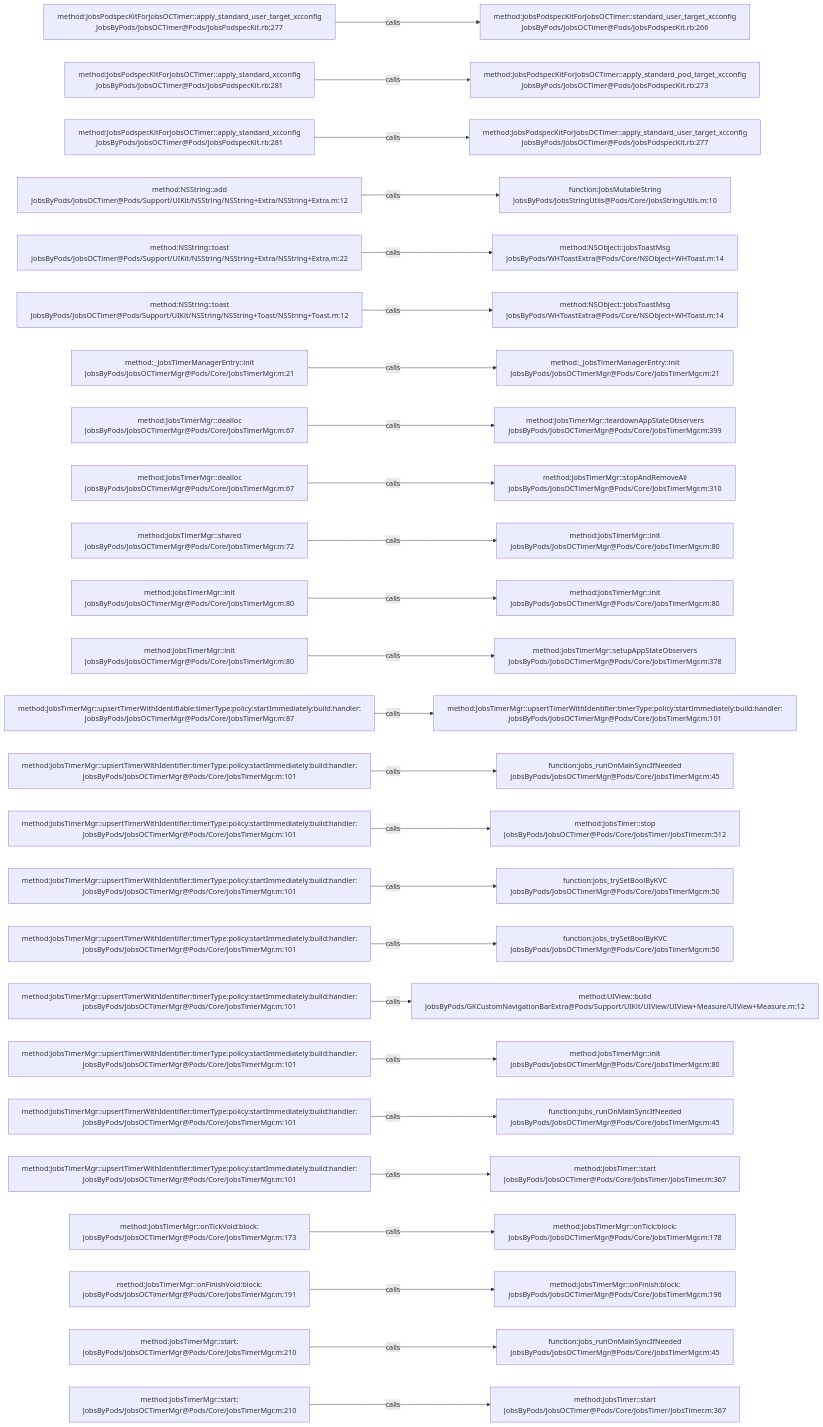
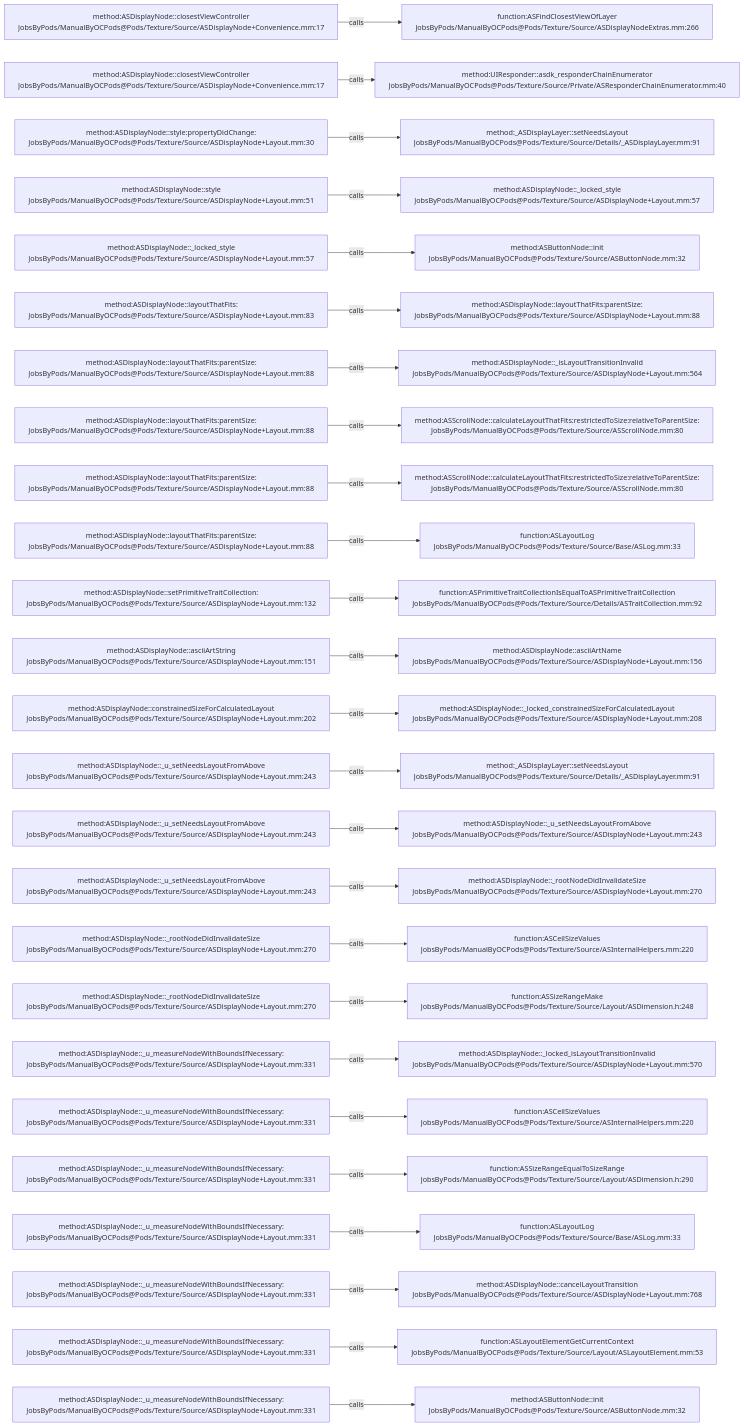
Before and after one commit to JobsKits/JobsOCBaseConfigDemo: the diagram in .codegraph/codegraph.md/graphs/calls-098.md, drawn with Mermaid. The commit also changed 2162 other files, not shown here.

````diff
--- a/.codegraph/codegraph.md/graphs/calls-098.md
+++ b/.codegraph/codegraph.md/graphs/calls-098.md
@@ -13,78 +13,78 @@
 ```mermaid
 flowchart LR
-  S1["method:JobsPodspecKitForJobsOCTimer::apply_standard_user_target_xcconfig<br/>JobsByPods/JobsOCTimer@Pods/JobsPodspecKit.rb:277"]
-  T1["method:JobsPodspecKitForJobsOCTimer::standard_user_target_xcconfig<br/>JobsByPods/JobsOCTimer@Pods/JobsPodspecKit.rb:266"]
+  S1["method:ASDisplayNode::closestViewController<br/>JobsByPods/ManualByOCPods@Pods/Texture/Source/ASDisplayNode+Convenience.mm:17"]
+  T1["function:ASFindClosestViewOfLayer<br/>JobsByPods/ManualByOCPods@Pods/Texture/Source/ASDisplayNodeExtras.mm:266"]
   S1 -->|calls| T1
-  S2["method:JobsPodspecKitForJobsOCTimer::apply_standard_xcconfig<br/>JobsByPods/JobsOCTimer@Pods/JobsPodspecKit.rb:281"]
-  T2["method:JobsPodspecKitForJobsOCTimer::apply_standard_pod_target_xcconfig<br/>JobsByPods/JobsOCTimer@Pods/JobsPodspecKit.rb:273"]
+  S2["method:ASDisplayNode::closestViewController<br/>JobsByPods/ManualByOCPods@Pods/Texture/Source/ASDisplayNode+Convenience.mm:17"]
+  T2["method:UIResponder::asdk_responderChainEnumerator<br/>JobsByPods/ManualByOCPods@Pods/Texture/Source/Private/ASResponderChainEnumerator.mm:40"]
   S2 -->|calls| T2
-  S3["method:JobsPodspecKitForJobsOCTimer::apply_standard_xcconfig<br/>JobsByPods/JobsOCTimer@Pods/JobsPodspecKit.rb:281"]
-  T3["method:JobsPodspecKitForJobsOCTimer::apply_standard_user_target_xcconfig<br/>JobsByPods/JobsOCTimer@Pods/JobsPodspecKit.rb:277"]
+  S3["method:ASDisplayNode::style:propertyDidChange:<br/>JobsByPods/ManualByOCPods@Pods/Texture/Source/ASDisplayNode+Layout.mm:30"]
+  T3["method:_ASDisplayLayer::setNeedsLayout<br/>JobsByPods/ManualByOCPods@Pods/Texture/Source/Details/_ASDisplayLayer.mm:91"]
   S3 -->|calls| T3
-  S4["method:NSString::add<br/>JobsByPods/JobsOCTimer@Pods/Support/UIKit/NSString/NSString+Extra/NSString+Extra.m:12"]
-  T4["function:JobsMutableString<br/>JobsByPods/JobsStringUtils@Pods/Core/JobsStringUtils.m:10"]
+  S4["method:ASDisplayNode::style<br/>JobsByPods/ManualByOCPods@Pods/Texture/Source/ASDisplayNode+Layout.mm:51"]
+  T4["method:ASDisplayNode::_locked_style<br/>JobsByPods/ManualByOCPods@Pods/Texture/Source/ASDisplayNode+Layout.mm:57"]
   S4 -->|calls| T4
-  S5["method:NSString::toast<br/>JobsByPods/JobsOCTimer@Pods/Support/UIKit/NSString/NSString+Extra/NSString+Extra.m:22"]
-  T5["method:NSObject::jobsToastMsg<br/>JobsByPods/WHToastExtra@Pods/Core/NSObject+WHToast.m:14"]
+  S5["method:ASDisplayNode::_locked_style<br/>JobsByPods/ManualByOCPods@Pods/Texture/Source/ASDisplayNode+Layout.mm:57"]
+  T5["method:ASButtonNode::init<br/>JobsByPods/ManualByOCPods@Pods/Texture/Source/ASButtonNode.mm:32"]
   S5 -->|calls| T5
-  S6["method:NSString::toast<br/>JobsByPods/JobsOCTimer@Pods/Support/UIKit/NSString/NSString+Toast/NSString+Toast.m:12"]
-  T6["method:NSObject::jobsToastMsg<br/>JobsByPods/WHToastExtra@Pods/Core/NSObject+WHToast.m:14"]
+  S6["method:ASDisplayNode::layoutThatFits:<br/>JobsByPods/ManualByOCPods@Pods/Texture/Source/ASDisplayNode+Layout.mm:83"]
+  T6["method:ASDisplayNode::layoutThatFits:parentSize:<br/>JobsByPods/ManualByOCPods@Pods/Texture/Source/ASDisplayNode+Layout.mm:88"]
   S6 -->|calls| T6
-  S7["method:_JobsTimerManagerEntry::init<br/>JobsByPods/JobsOCTimerMgr@Pods/Core/JobsTimerMgr.m:21"]
-  T7["method:_JobsTimerManagerEntry::init<br/>JobsByPods/JobsOCTimerMgr@Pods/Core/JobsTimerMgr.m:21"]
+  S7["method:ASDisplayNode::layoutThatFits:parentSize:<br/>JobsByPods/ManualByOCPods@Pods/Texture/Source/ASDisplayNode+Layout.mm:88"]
+  T7["method:ASDisplayNode::_isLayoutTransitionInvalid<br/>JobsByPods/ManualByOCPods@Pods/Texture/Source/ASDisplayNode+Layout.mm:564"]
   S7 -->|calls| T7
-  S8["method:JobsTimerMgr::dealloc<br/>JobsByPods/JobsOCTimerMgr@Pods/Core/JobsTimerMgr.m:67"]
-  T8["method:JobsTimerMgr::teardownAppStateObservers<br/>JobsByPods/JobsOCTimerMgr@Pods/Core/JobsTimerMgr.m:399"]
+  S8["method:ASDisplayNode::layoutThatFits:parentSize:<br/>JobsByPods/ManualByOCPods@Pods/Texture/Source/ASDisplayNode+Layout.mm:88"]
+  T8["method:ASScrollNode::calculateLayoutThatFits:restrictedToSize:relativeToParentSize:<br/>JobsByPods/ManualByOCPods@Pods/Texture/Source/ASScrollNode.mm:80"]
   S8 -->|calls| T8
-  S9["method:JobsTimerMgr::dealloc<br/>JobsByPods/JobsOCTimerMgr@Pods/Core/JobsTimerMgr.m:67"]
-  T9["method:JobsTimerMgr::stopAndRemoveAll<br/>JobsByPods/JobsOCTimerMgr@Pods/Core/JobsTimerMgr.m:310"]
+  S9["method:ASDisplayNode::layoutThatFits:parentSize:<br/>JobsByPods/ManualByOCPods@Pods/Texture/Source/ASDisplayNode+Layout.mm:88"]
+  T9["method:ASScrollNode::calculateLayoutThatFits:restrictedToSize:relativeToParentSize:<br/>JobsByPods/ManualByOCPods@Pods/Texture/Source/ASScrollNode.mm:80"]
   S9 -->|calls| T9
-  S10["method:JobsTimerMgr::shared<br/>JobsByPods/JobsOCTimerMgr@Pods/Core/JobsTimerMgr.m:72"]
-  T10["method:JobsTimerMgr::init<br/>JobsByPods/JobsOCTimerMgr@Pods/Core/JobsTimerMgr.m:80"]
+  S10["method:ASDisplayNode::layoutThatFits:parentSize:<br/>JobsByPods/ManualByOCPods@Pods/Texture/Source/ASDisplayNode+Layout.mm:88"]
+  T10["function:ASLayoutLog<br/>JobsByPods/ManualByOCPods@Pods/Texture/Source/Base/ASLog.mm:33"]
   S10 -->|calls| T10
-  S11["method:JobsTimerMgr::init<br/>JobsByPods/JobsOCTimerMgr@Pods/Core/JobsTimerMgr.m:80"]
-  T11["method:JobsTimerMgr::init<br/>JobsByPods/JobsOCTimerMgr@Pods/Core/JobsTimerMgr.m:80"]
+  S11["method:ASDisplayNode::setPrimitiveTraitCollection:<br/>JobsByPods/ManualByOCPods@Pods/Texture/Source/ASDisplayNode+Layout.mm:132"]
+  T11["function:ASPrimitiveTraitCollectionIsEqualToASPrimitiveTraitCollection<br/>JobsByPods/ManualByOCPods@Pods/Texture/Source/Details/ASTraitCollection.mm:92"]
   S11 -->|calls| T11
-  S12["method:JobsTimerMgr::init<br/>JobsByPods/JobsOCTimerMgr@Pods/Core/JobsTimerMgr.m:80"]
-  T12["method:JobsTimerMgr::setupAppStateObservers<br/>JobsByPods/JobsOCTimerMgr@Pods/Core/JobsTimerMgr.m:378"]
+  S12["method:ASDisplayNode::asciiArtString<br/>JobsByPods/ManualByOCPods@Pods/Texture/Source/ASDisplayNode+Layout.mm:151"]
+  T12["method:ASDisplayNode::asciiArtName<br/>JobsByPods/ManualByOCPods@Pods/Texture/Source/ASDisplayNode+Layout.mm:156"]
   S12 -->|calls| T12
-  S13["method:JobsTimerMgr::upsertTimerWithIdentifiable:timerType:policy:startImmediately:build:handler:<br/>JobsByPods/JobsOCTimerMgr@Pods/Core/JobsTimerMgr.m:87"]
-  T13["method:JobsTimerMgr::upsertTimerWithIdentifier:timerType:policy:startImmediately:build:handler:<br/>JobsByPods/JobsOCTimerMgr@Pods/Core/JobsTimerMgr.m:101"]
+  S13["method:ASDisplayNode::constrainedSizeForCalculatedLayout<br/>JobsByPods/ManualByOCPods@Pods/Texture/Source/ASDisplayNode+Layout.mm:202"]
+  T13["method:ASDisplayNode::_locked_constrainedSizeForCalculatedLayout<br/>JobsByPods/ManualByOCPods@Pods/Texture/Source/ASDisplayNode+Layout.mm:208"]
   S13 -->|calls| T13
-  S14["method:JobsTimerMgr::upsertTimerWithIdentifier:timerType:policy:startImmediately:build:handler:<br/>JobsByPods/JobsOCTimerMgr@Pods/Core/JobsTimerMgr.m:101"]
-  T14["function:jobs_runOnMainSyncIfNeeded<br/>JobsByPods/JobsOCTimerMgr@Pods/Core/JobsTimerMgr.m:45"]
+  S14["method:ASDisplayNode::_u_setNeedsLayoutFromAbove<br/>JobsByPods/ManualByOCPods@Pods/Texture/Source/ASDisplayNode+Layout.mm:243"]
+  T14["method:_ASDisplayLayer::setNeedsLayout<br/>JobsByPods/ManualByOCPods@Pods/Texture/Source/Details/_ASDisplayLayer.mm:91"]
   S14 -->|calls| T14
-  S15["method:JobsTimerMgr::upsertTimerWithIdentifier:timerType:policy:startImmediately:build:handler:<br/>JobsByPods/JobsOCTimerMgr@Pods/Core/JobsTimerMgr.m:101"]
-  T15["method:JobsTimer::stop<br/>JobsByPods/JobsOCTimer@Pods/Core/JobsTimer/JobsTimer.m:512"]
+  S15["method:ASDisplayNode::_u_setNeedsLayoutFromAbove<br/>JobsByPods/ManualByOCPods@Pods/Texture/Source/ASDisplayNode+Layout.mm:243"]
+  T15["method:ASDisplayNode::_u_setNeedsLayoutFromAbove<br/>JobsByPods/ManualByOCPods@Pods/Texture/Source/ASDisplayNode+Layout.mm:243"]
   S15 -->|calls| T15
-  S16["method:JobsTimerMgr::upsertTimerWithIdentifier:timerType:policy:startImmediately:build:handler:<br/>JobsByPods/JobsOCTimerMgr@Pods/Core/JobsTimerMgr.m:101"]
-  T16["function:jobs_trySetBoolByKVC<br/>JobsByPods/JobsOCTimerMgr@Pods/Core/JobsTimerMgr.m:50"]
+  S16["method:ASDisplayNode::_u_setNeedsLayoutFromAbove<br/>JobsByPods/ManualByOCPods@Pods/Texture/Source/ASDisplayNode+Layout.mm:243"]
+  T16["method:ASDisplayNode::_rootNodeDidInvalidateSize<br/>JobsByPods/ManualByOCPods@Pods/Texture/Source/ASDisplayNode+Layout.mm:270"]
   S16 -->|calls| T16
-  S17["method:JobsTimerMgr::upsertTimerWithIdentifier:timerType:policy:startImmediately:build:handler:<br/>JobsByPods/JobsOCTimerMgr@Pods/Core/JobsTimerMgr.m:101"]
-  T17["function:jobs_trySetBoolByKVC<br/>JobsByPods/JobsOCTimerMgr@Pods/Core/JobsTimerMgr.m:50"]
+  S17["method:ASDisplayNode::_rootNodeDidInvalidateSize<br/>JobsByPods/ManualByOCPods@Pods/Texture/Source/ASDisplayNode+Layout.mm:270"]
+  T17["function:ASCeilSizeValues<br/>JobsByPods/ManualByOCPods@Pods/Texture/Source/ASInternalHelpers.mm:220"]
   S17 -->|calls| T17
-  S18["method:JobsTimerMgr::upsertTimerWithIdentifier:timerType:policy:startImmediately:build:handler:<br/>JobsByPods/JobsOCTimerMgr@Pods/Core/JobsTimerMgr.m:101"]
-  T18["method:UIView::build<br/>JobsByPods/GKCustomNavigationBarExtra@Pods/Support/UIKit/UIView/UIView+Measure/UIView+Measure.m:12"]
+  S18["method:ASDisplayNode::_rootNodeDidInvalidateSize<br/>JobsByPods/ManualByOCPods@Pods/Texture/Source/ASDisplayNode+Layout.mm:270"]
+  T18["function:ASSizeRangeMake<br/>JobsByPods/ManualByOCPods@Pods/Texture/Source/Layout/ASDimension.h:248"]
   S18 -->|calls| T18
-  S19["method:JobsTimerMgr::upsertTimerWithIdentifier:timerType:policy:startImmediately:build:handler:<br/>JobsByPods/JobsOCTimerMgr@Pods/Core/JobsTimerMgr.m:101"]
-  T19["method:JobsTimerMgr::init<br/>JobsByPods/JobsOCTimerMgr@Pods/Core/JobsTimerMgr.m:80"]
+  S19["method:ASDisplayNode::_u_measureNodeWithBoundsIfNecessary:<br/>JobsByPods/ManualByOCPods@Pods/Texture/Source/ASDisplayNode+Layout.mm:331"]
+  T19["method:ASDisplayNode::_locked_isLayoutTransitionInvalid<br/>JobsByPods/ManualByOCPods@Pods/Texture/Source/ASDisplayNode+Layout.mm:570"]
   S19 -->|calls| T19
-  S20["method:JobsTimerMgr::upsertTimerWithIdentifier:timerType:policy:startImmediately:build:handler:<br/>JobsByPods/JobsOCTimerMgr@Pods/Core/JobsTimerMgr.m:101"]
-  T20["function:jobs_runOnMainSyncIfNeeded<br/>JobsByPods/JobsOCTimerMgr@Pods/Core/JobsTimerMgr.m:45"]
+  S20["method:ASDisplayNode::_u_measureNodeWithBoundsIfNecessary:<br/>JobsByPods/ManualByOCPods@Pods/Texture/Source/ASDisplayNode+Layout.mm:331"]
+  T20["function:ASCeilSizeValues<br/>JobsByPods/ManualByOCPods@Pods/Texture/Source/ASInternalHelpers.mm:220"]
   S20 -->|calls| T20
-  S21["method:JobsTimerMgr::upsertTimerWithIdentifier:timerType:policy:startImmediately:build:handler:<br/>JobsByPods/JobsOCTimerMgr@Pods/Core/JobsTimerMgr.m:101"]
-  T21["method:JobsTimer::start<br/>JobsByPods/JobsOCTimer@Pods/Core/JobsTimer/JobsTimer.m:367"]
+  S21["method:ASDisplayNode::_u_measureNodeWithBoundsIfNecessary:<br/>JobsByPods/ManualByOCPods@Pods/Texture/Source/ASDisplayNode+Layout.mm:331"]
+  T21["function:ASSizeRangeEqualToSizeRange<br/>JobsByPods/ManualByOCPods@Pods/Texture/Source/Layout/ASDimension.h:290"]
   S21 -->|calls| T21
-  S22["method:JobsTimerMgr::onTickVoid:block:<br/>JobsByPods/JobsOCTimerMgr@Pods/Core/JobsTimerMgr.m:173"]
-  T22["method:JobsTimerMgr::onTick:block:<br/>JobsByPods/JobsOCTimerMgr@Pods/Core/JobsTimerMgr.m:178"]
+  S22["method:ASDisplayNode::_u_measureNodeWithBoundsIfNecessary:<br/>JobsByPods/ManualByOCPods@Pods/Texture/Source/ASDisplayNode+Layout.mm:331"]
+  T22["function:ASLayoutLog<br/>JobsByPods/ManualByOCPods@Pods/Texture/Source/Base/ASLog.mm:33"]
   S22 -->|calls| T22
-  S23["method:JobsTimerMgr::onFinishVoid:block:<br/>JobsByPods/JobsOCTimerMgr@Pods/Core/JobsTimerMgr.m:191"]
-  T23["method:JobsTimerMgr::onFinish:block:<br/>JobsByPods/JobsOCTimerMgr@Pods/Core/JobsTimerMgr.m:196"]
+  S23["method:ASDisplayNode::_u_measureNodeWithBoundsIfNecessary:<br/>JobsByPods/ManualByOCPods@Pods/Texture/Source/ASDisplayNode+Layout.mm:331"]
+  T23["method:ASDisplayNode::cancelLayoutTransition<br/>JobsByPods/ManualByOCPods@Pods/Texture/Source/ASDisplayNode+Layout.mm:768"]
   S23 -->|calls| T23
-  S24["method:JobsTimerMgr::start:<br/>JobsByPods/JobsOCTimerMgr@Pods/Core/JobsTimerMgr.m:210"]
-  T24["function:jobs_runOnMainSyncIfNeeded<br/>JobsByPods/JobsOCTimerMgr@Pods/Core/JobsTimerMgr.m:45"]
+  S24["method:ASDisplayNode::_u_measureNodeWithBoundsIfNecessary:<br/>JobsByPods/ManualByOCPods@Pods/Texture/Source/ASDisplayNode+Layout.mm:331"]
+  T24["function:ASLayoutElementGetCurrentContext<br/>JobsByPods/ManualByOCPods@Pods/Texture/Source/Layout/ASLayoutElement.mm:53"]
   S24 -->|calls| T24
-  S25["method:JobsTimerMgr::start:<br/>JobsByPods/JobsOCTimerMgr@Pods/Core/JobsTimerMgr.m:210"]
-  T25["method:JobsTimer::start<br/>JobsByPods/JobsOCTimer@Pods/Core/JobsTimer/JobsTimer.m:367"]
+  S25["method:ASDisplayNode::_u_measureNodeWithBoundsIfNecessary:<br/>JobsByPods/ManualByOCPods@Pods/Texture/Source/ASDisplayNode+Layout.mm:331"]
+  T25["method:ASButtonNode::init<br/>JobsByPods/ManualByOCPods@Pods/Texture/Source/ASButtonNode.mm:32"]
   S25 -->|calls| T25
 ```
````
